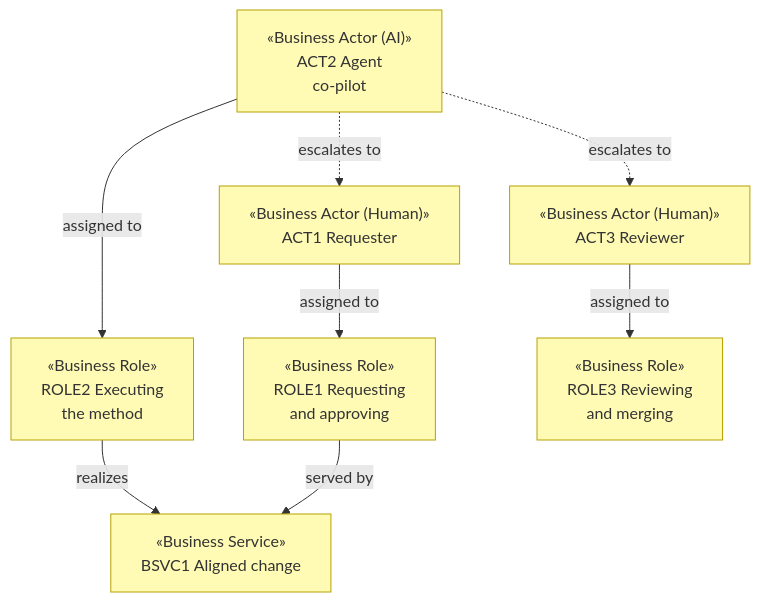
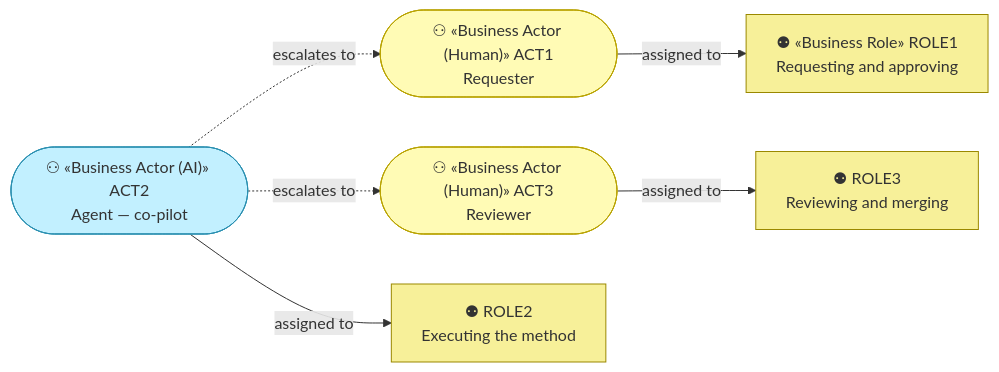
One commit to roanboc/architecture-archreator changed the second of 3 diagrams in meta/ea/2_business/1_business-actors-and-roles.md. Above: the diagram before and after it, drawn with Mermaid. The commit also changed other lines of this file and 7 other files, not shown here.

````diff
--- a/meta/ea/2_business/1_business-actors-and-roles.md
+++ b/meta/ea/2_business/1_business-actors-and-roles.md
@@ -43,22 +40,20 @@
 ```mermaid
-flowchart TB
-  act1["«Business Actor (Human)»<br>ACT1 Requester"]:::business
-  act2["«Business Actor (AI)»<br>ACT2 Agent<br>co-pilot"]:::business
-  act3["«Business Actor (Human)»<br>ACT3 Reviewer"]:::business
+flowchart LR
+  act1(["⚇ «Business Actor (Human)» ACT1<br>Requester"]):::actor
+  act2(["⚇ «Business Actor (AI)» ACT2<br>Agent — co-pilot"]):::actorai
+  act3(["⚇ «Business Actor (Human)» ACT3<br>Reviewer"]):::actor
 
-  role1["«Business Role»<br>ROLE1 Requesting<br>and approving"]:::business
-  role2["«Business Role»<br>ROLE2 Executing<br>the method"]:::business
-  role3["«Business Role»<br>ROLE3 Reviewing<br>and merging"]:::business
-
-  bsvc1["«Business Service»<br>BSVC1 Aligned change"]:::business
+  role1["⚉ «Business Role» ROLE1<br>Requesting and approving"]:::role
+  role2["⚉ ROLE2<br>Executing the method"]:::role
+  role3["⚉ ROLE3<br>Reviewing and merging"]:::role
 
   act1 -->|assigned to| role1
   act2 -->|assigned to| role2
   act3 -->|assigned to| role3
-  role2 -->|realizes| bsvc1
-  role1 -->|served by| bsvc1
   act2 -.->|escalates to| act1
   act2 -.->|escalates to| act3
 
-  classDef business fill:#fffbb5,stroke:#b8a200,color:#333
+  classDef actor fill:#fffbb5,stroke:#b8a200,color:#333
+  classDef actorai fill:#c2f0ff,stroke:#2a8fb0,color:#333
+  classDef role fill:#f7f099,stroke:#9a8800,color:#333
 ```
````
